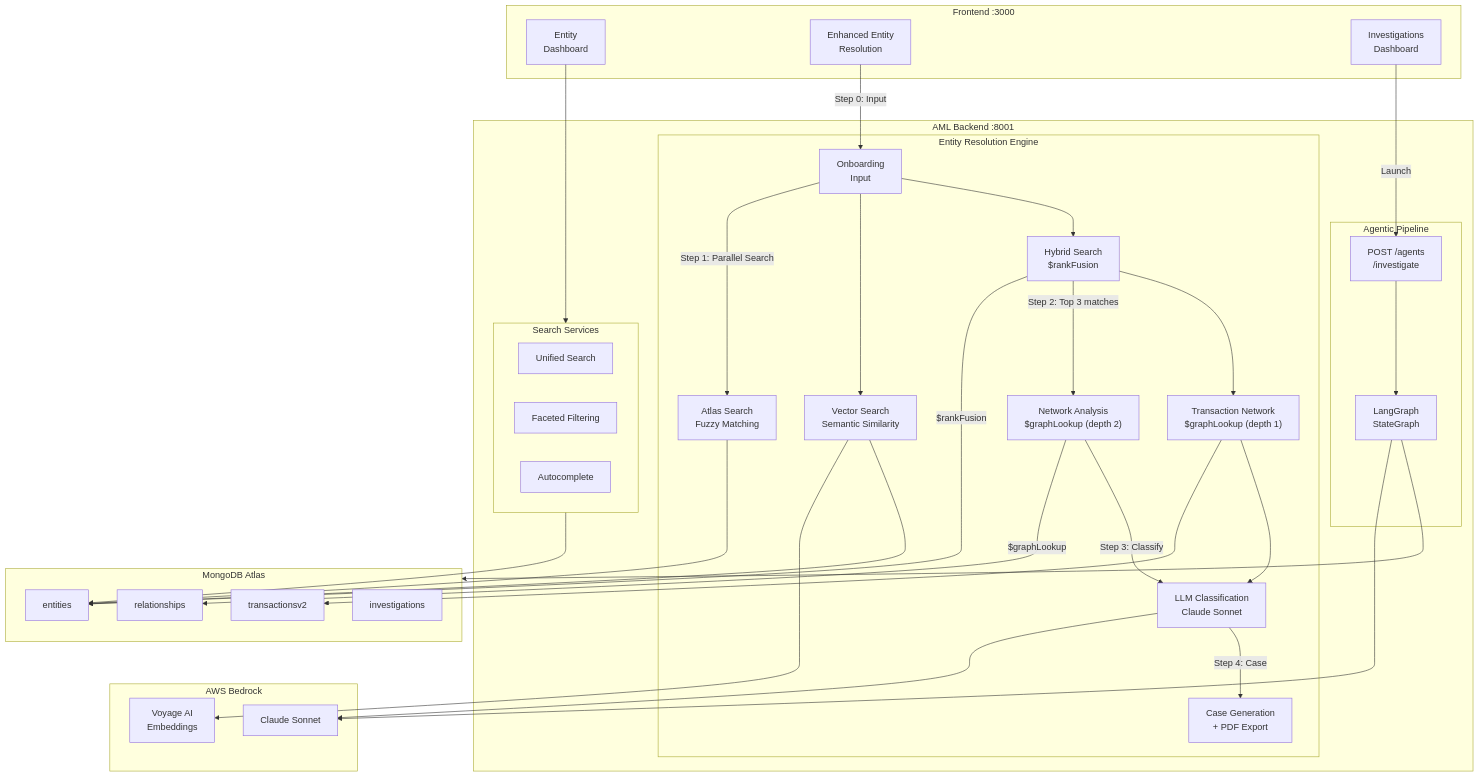
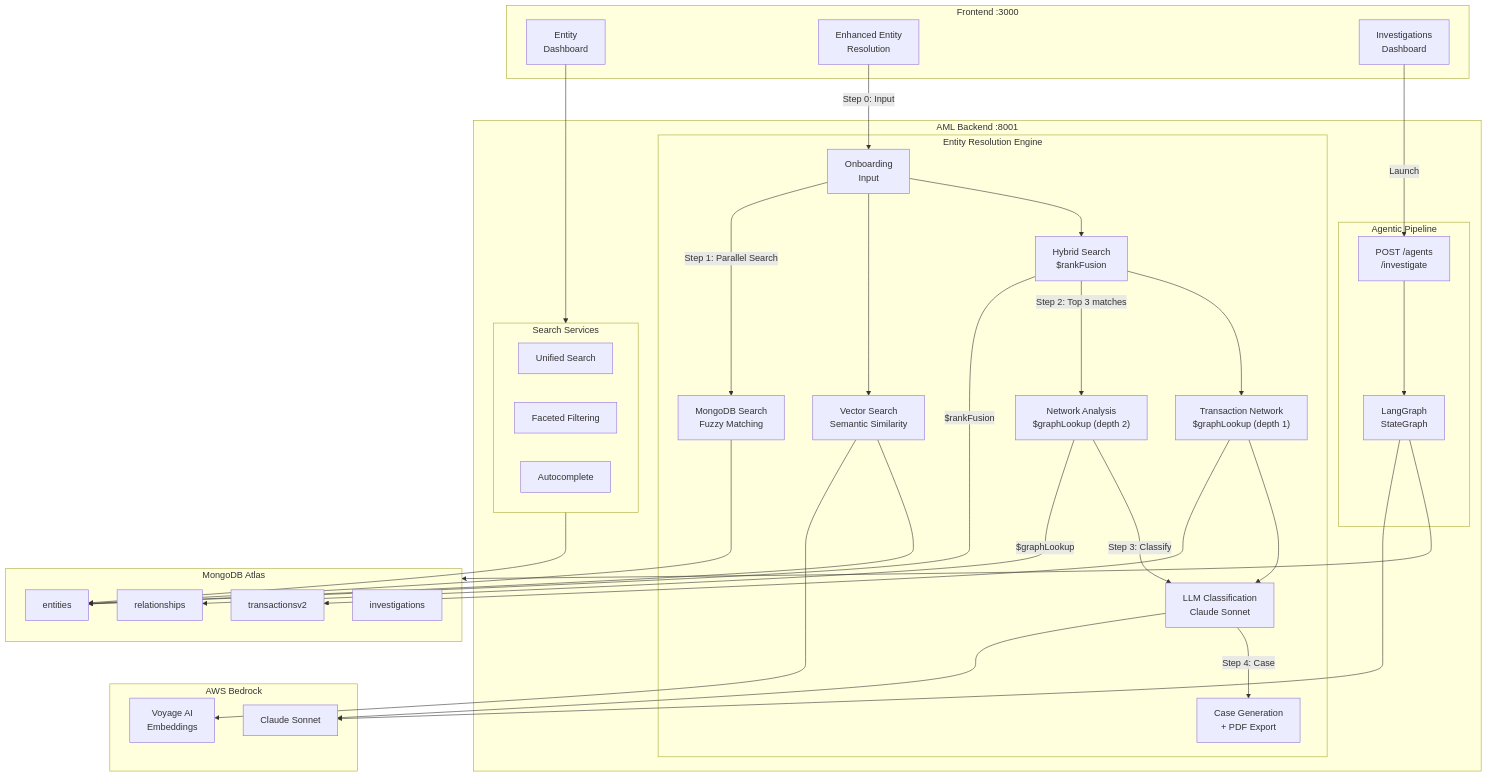
The third of 6 diagrams in docs/SOLUTION_ARCHITECTURE.md (mongodb-industry-solutions/fsi-aml-fraud-detection), drawn with Mermaid before and after one commit. The commit also changed other lines of this file and 52 other files, not shown here.

First line of the commit message:
Rename Atlas Search/Atlas Vector Search to MongoDB Search/MongoDB Vector Search

````diff
--- a/docs/SOLUTION_ARCHITECTURE.md
+++ b/docs/SOLUTION_ARCHITECTURE.md
@@ -179,71 +179,71 @@
 ```mermaid
 flowchart TD
     subgraph Frontend["Frontend :3000"]
         EntityDash["Entity<br/>Dashboard"]
         EnhancedRes["Enhanced Entity<br/>Resolution"]
         InvDash["Investigations<br/>Dashboard"]
     end
 
     subgraph AMLBackend["AML Backend :8001"]
         subgraph ResolutionFlow["Entity Resolution Engine"]
             OnboardForm["Onboarding<br/>Input"]
-            AtlasSearch["Atlas Search<br/>Fuzzy Matching"]
+            AtlasSearch["MongoDB Search<br/>Fuzzy Matching"]
             VectorSearch["Vector Search<br/>Semantic Similarity"]
             HybridSearch["Hybrid Search<br/>$rankFusion"]
             NetworkAnalysis["Network Analysis<br/>$graphLookup (depth 2)"]
             TxnNetwork["Transaction Network<br/>$graphLookup (depth 1)"]
             LLMClassify["LLM Classification<br/>Claude Sonnet"]
             CaseGen["Case Generation<br/>+ PDF Export"]
         end
 
         subgraph AgenticEntry["Agentic Pipeline"]
             InvestigateAPI["POST /agents<br/>/investigate"]
             LangGraphPipeline["LangGraph<br/>StateGraph"]
         end
 
         subgraph SearchServices["Search Services"]
             UnifiedSearch["Unified Search"]
             FacetedSearch["Faceted Filtering"]
             AutocompleteSearch["Autocomplete"]
         end
     end
 
     subgraph MongoDB["MongoDB Atlas"]
         Entities["entities"]
         Relationships["relationships"]
         TransactionsV2["transactionsv2"]
         Investigations["investigations"]
     end
 
     subgraph Bedrock["AWS Bedrock"]
         ClaudeLLM["Claude Sonnet"]
         VoyageEmbed["Voyage AI<br/>Embeddings"]
     end
 
     EnhancedRes -->|"Step 0: Input"| OnboardForm
     OnboardForm -->|"Step 1: Parallel Search"| AtlasSearch
     OnboardForm --> VectorSearch
     OnboardForm --> HybridSearch
     AtlasSearch --> Entities
     VectorSearch --> VoyageEmbed
     VectorSearch --> Entities
     HybridSearch -->|"$rankFusion"| Entities
 
     HybridSearch -->|"Step 2: Top 3 matches"| NetworkAnalysis
     HybridSearch --> TxnNetwork
     NetworkAnalysis -->|"$graphLookup"| Relationships
     TxnNetwork --> TransactionsV2
 
     NetworkAnalysis -->|"Step 3: Classify"| LLMClassify
     TxnNetwork --> LLMClassify
     LLMClassify --> ClaudeLLM
     LLMClassify -->|"Step 4: Case"| CaseGen
 
     EntityDash --> SearchServices
     SearchServices --> Entities
 
     InvDash -->|"Launch"| InvestigateAPI
     InvestigateAPI --> LangGraphPipeline
     LangGraphPipeline --> MongoDB
     LangGraphPipeline --> ClaudeLLM
 ```
````
